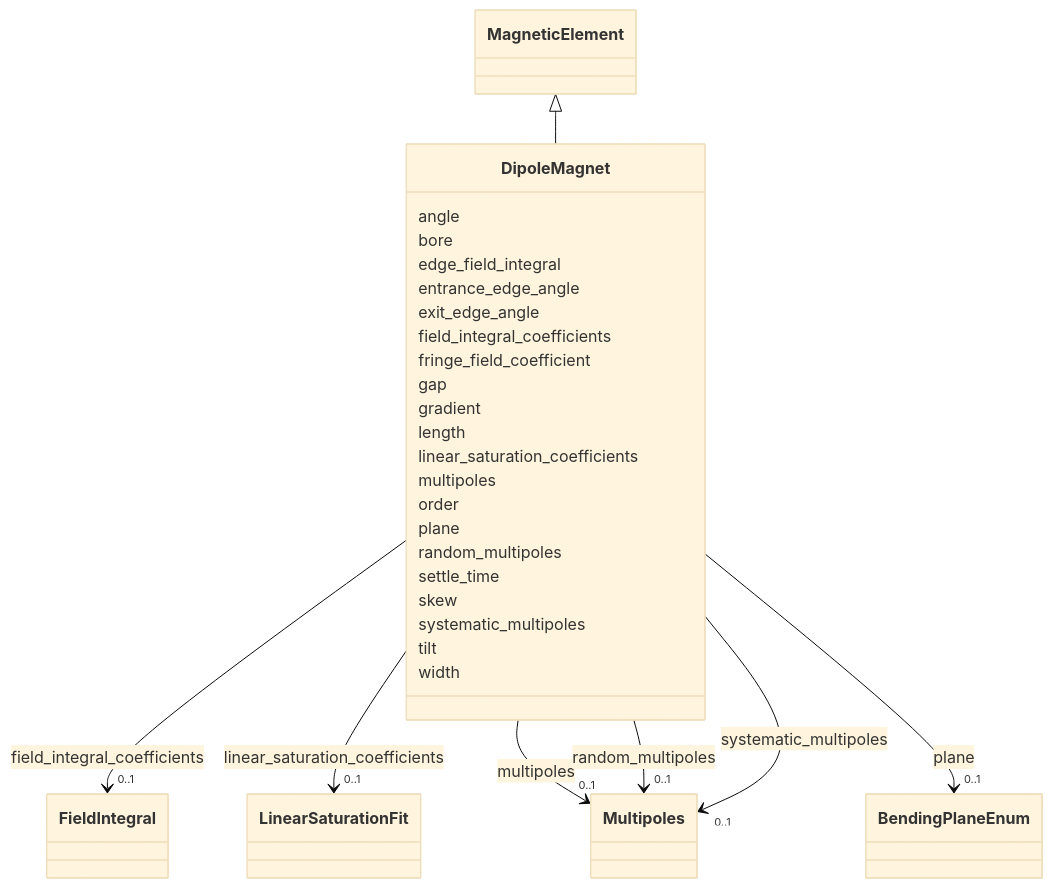
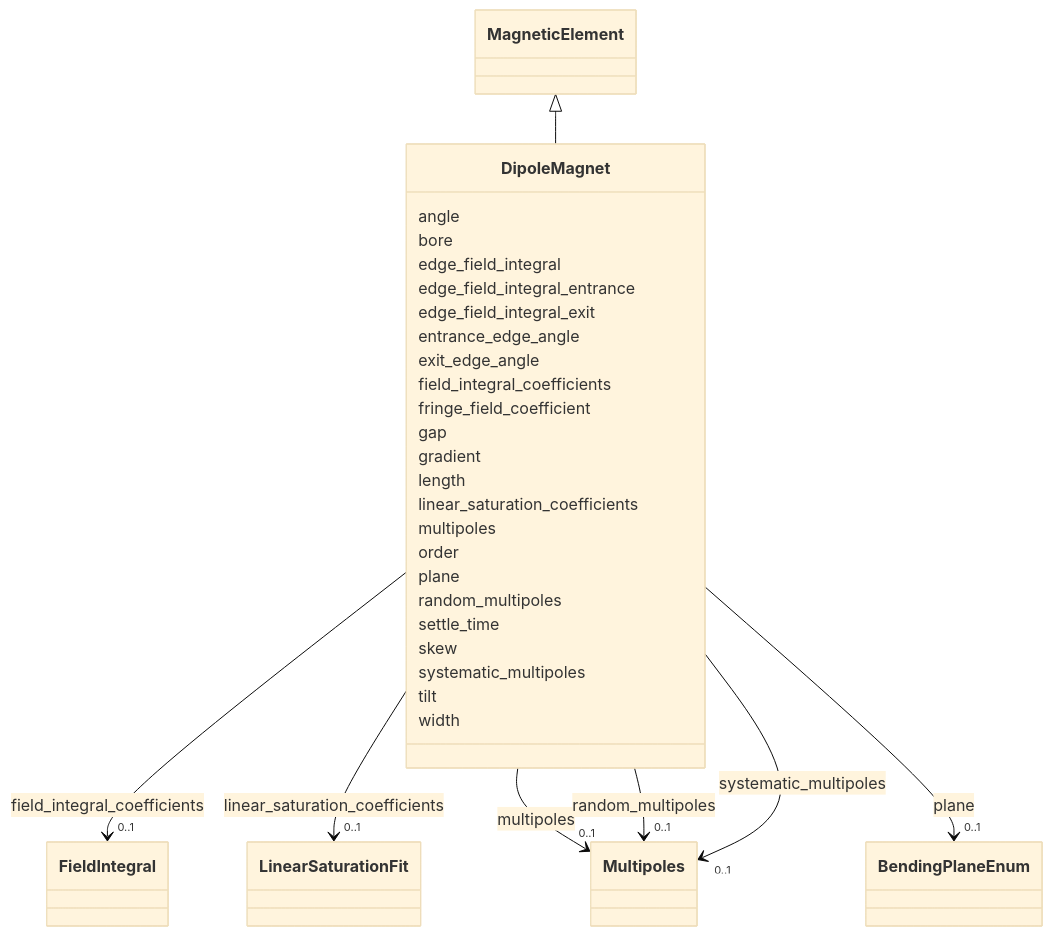
One commit to astec-stfc/laura changed the diagram in docs/source/schema/DipoleMagnet.md. Above: the diagram before and after it, drawn with Mermaid (base theme). The commit also changed other lines of this file and 292 other files, not shown here.

```diff
--- a/docs/source/schema/DipoleMagnet.md
+++ b/docs/source/schema/DipoleMagnet.md
@@ -22,6 +22,10 @@
       DipoleMagnet : bore
         
       DipoleMagnet : edge_field_integral
+        
+      DipoleMagnet : edge_field_integral_entrance
+        
+      DipoleMagnet : edge_field_integral_exit
         
       DipoleMagnet : entrance_edge_angle
         
```
